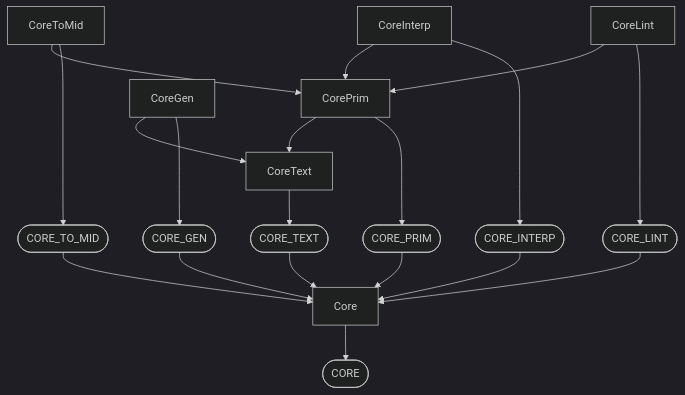
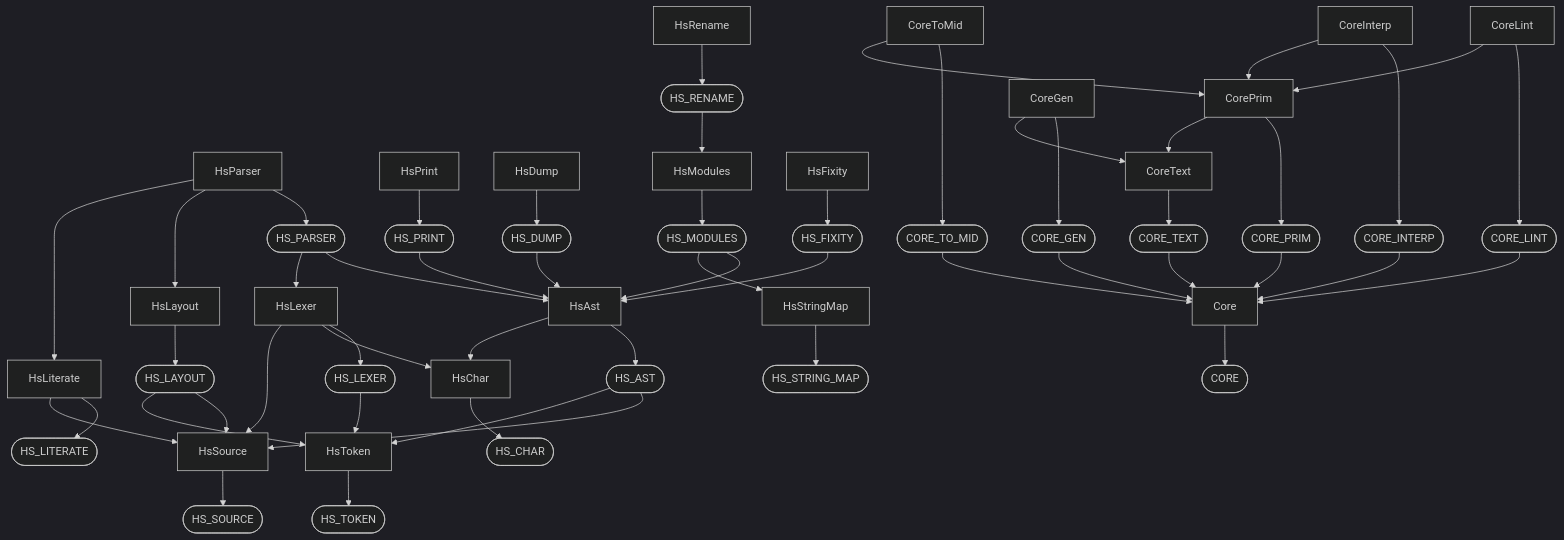
Before and after one commit to ruudkoot/rune: the second of 2 diagrams in docs/lib/language/haskell/depends.md, drawn with Mermaid (dark theme). The commit also changed other lines of this file and 67 other files, not shown here.

````diff
--- a/docs/lib/language/haskell/depends.md
+++ b/docs/lib/language/haskell/depends.md
@@ -31,35 +31,96 @@
 ```mermaid
 flowchart TD
-  n0(["CORE"])
-  n1["Core"]
-  n2(["CORE_TEXT"])
-  n3["CoreText"]
-  n4(["CORE_PRIM"])
-  n5["CorePrim"]
-  n6(["CORE_LINT"])
-  n7["CoreLint"]
-  n8(["CORE_INTERP"])
-  n9["CoreInterp"]
-  n10(["CORE_GEN"])
-  n11["CoreGen"]
-  n12(["CORE_TO_MID"])
-  n13["CoreToMid"]
+  n0(["HS_SOURCE"])
+  n1["HsSource"]
+  n2(["HS_CHAR"])
+  n3["HsChar"]
+  n4(["HS_TOKEN"])
+  n5["HsToken"]
+  n6(["HS_LITERATE"])
+  n7["HsLiterate"]
+  n8(["HS_LEXER"])
+  n9["HsLexer"]
+  n10(["HS_LAYOUT"])
+  n11["HsLayout"]
+  n12(["HS_AST"])
+  n13["HsAst"]
+  n14(["HS_PARSER"])
+  n15["HsParser"]
+  n16(["HS_PRINT"])
+  n17["HsPrint"]
+  n18(["HS_DUMP"])
+  n19["HsDump"]
+  n20(["HS_STRING_MAP"])
+  n21["HsStringMap"]
+  n22(["HS_MODULES"])
+  n23["HsModules"]
+  n24(["HS_FIXITY"])
+  n25["HsFixity"]
+  n26(["HS_RENAME"])
+  n27["HsRename"]
+  n28(["CORE"])
+  n29["Core"]
+  n30(["CORE_TEXT"])
+  n31["CoreText"]
+  n32(["CORE_PRIM"])
+  n33["CorePrim"]
+  n34(["CORE_LINT"])
+  n35["CoreLint"]
+  n36(["CORE_INTERP"])
+  n37["CoreInterp"]
+  n38(["CORE_GEN"])
+  n39["CoreGen"]
+  n40(["CORE_TO_MID"])
+  n41["CoreToMid"]
   n1 --> n0
-  n2 --> n1
   n3 --> n2
-  n4 --> n1
   n5 --> n4
-  n5 --> n3
-  n6 --> n1
   n7 --> n6
-  n7 --> n5
-  n8 --> n1
+  n7 --> n1
+  n8 --> n5
   n9 --> n8
-  n9 --> n5
+  n9 --> n3
+  n9 --> n1
   n10 --> n1
+  n10 --> n5
   n11 --> n10
-  n11 --> n3
   n12 --> n1
+  n12 --> n5
   n13 --> n12
-  n13 --> n5
+  n13 --> n3
+  n14 --> n13
+  n14 --> n9
+  n15 --> n14
+  n15 --> n11
+  n15 --> n7
+  n16 --> n13
+  n17 --> n16
+  n18 --> n13
+  n19 --> n18
+  n21 --> n20
+  n22 --> n13
+  n22 --> n21
+  n23 --> n22
+  n24 --> n13
+  n25 --> n24
+  n26 --> n23
+  n27 --> n26
+  n29 --> n28
+  n30 --> n29
+  n31 --> n30
+  n32 --> n29
+  n33 --> n32
+  n33 --> n31
+  n34 --> n29
+  n35 --> n34
+  n35 --> n33
+  n36 --> n29
+  n37 --> n36
+  n37 --> n33
+  n38 --> n29
+  n39 --> n38
+  n39 --> n31
+  n40 --> n29
+  n41 --> n40
+  n41 --> n33
 ```
````
